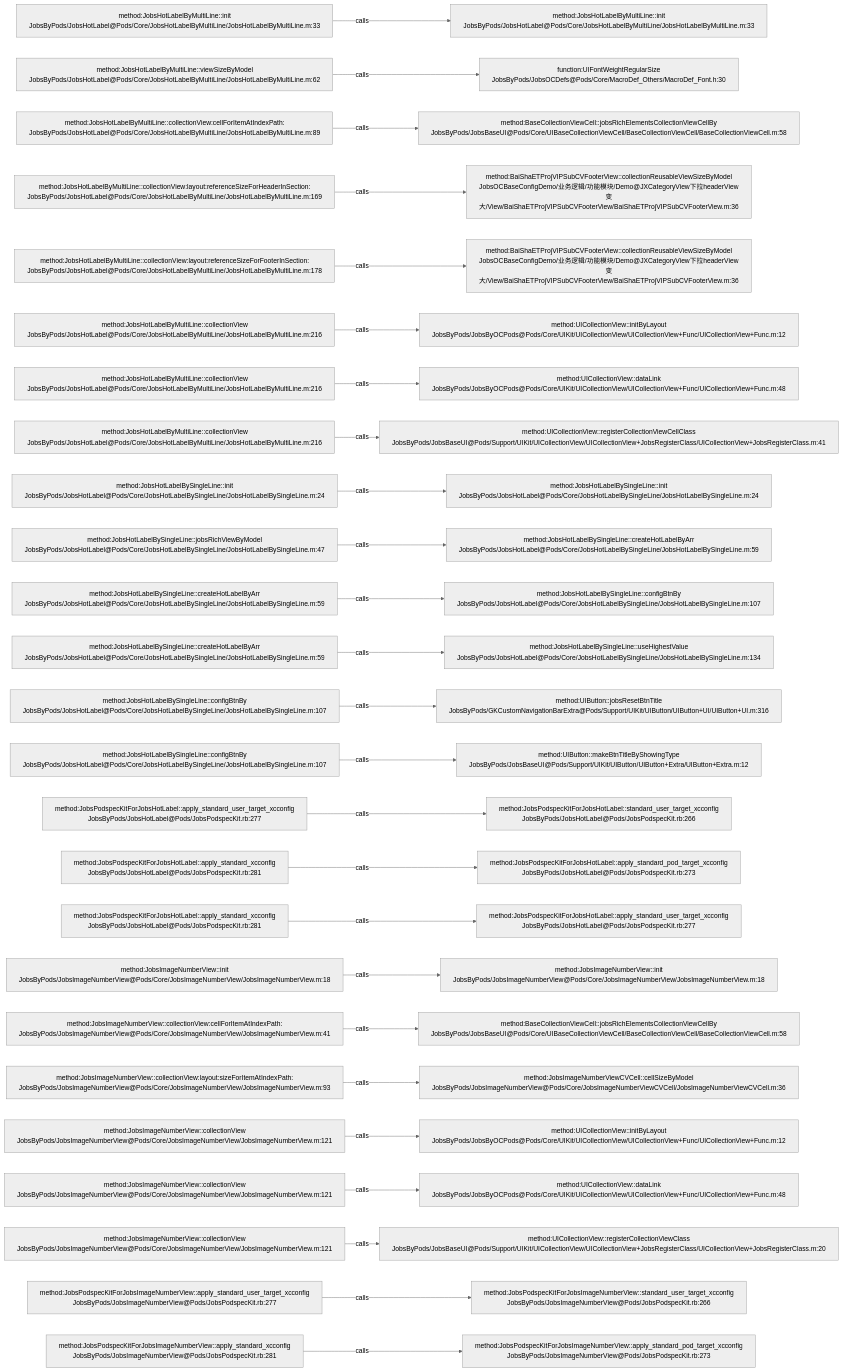
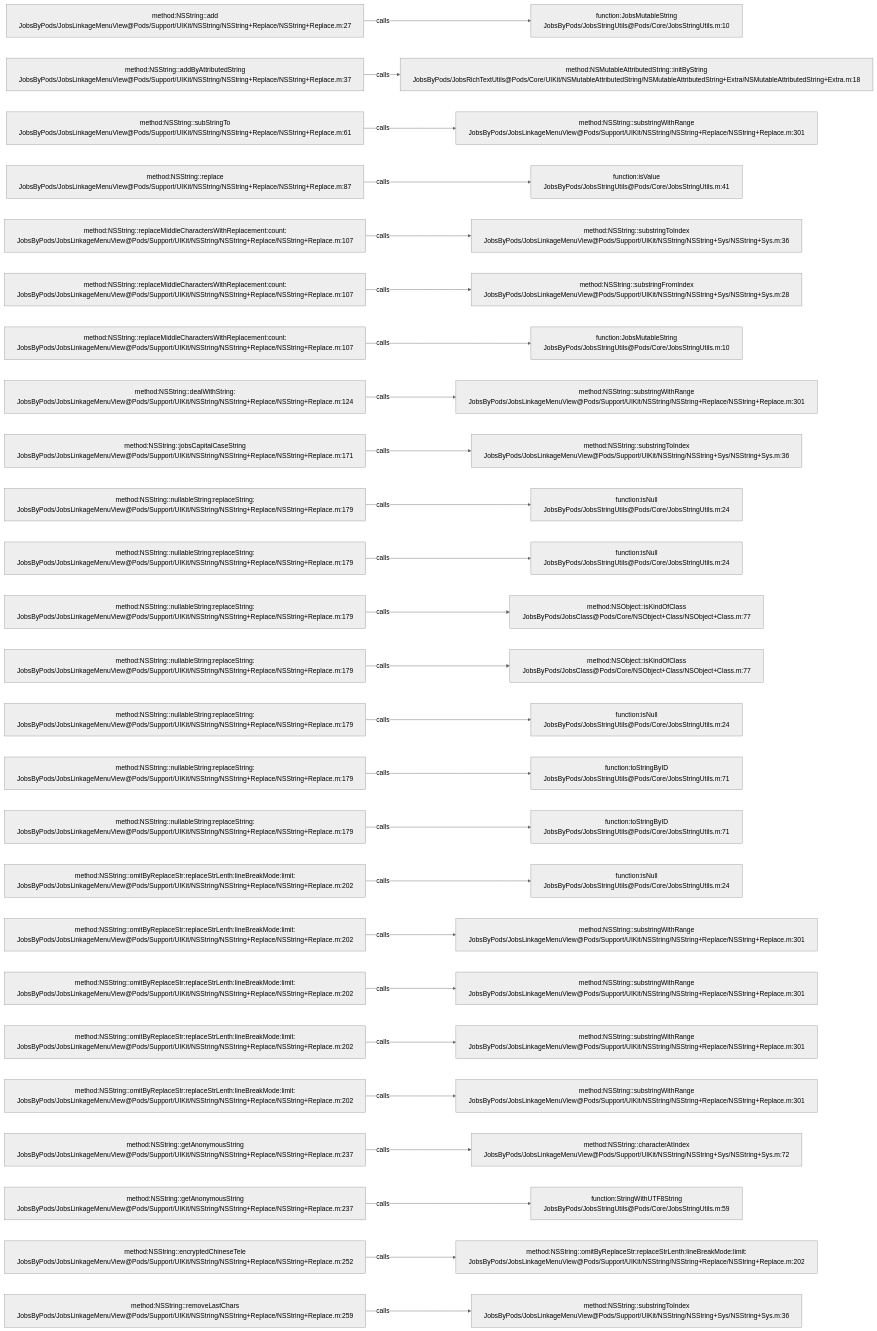
The diagram in .codegraph/codegraph.md/graphs/calls-100.md (JobsKits/JobsOCBaseConfigDemo), drawn with Mermaid (neutral theme) before and after one commit. The commit also changed 639 other files, not shown here.

````diff
--- a/.codegraph/codegraph.md/graphs/calls-100.md
+++ b/.codegraph/codegraph.md/graphs/calls-100.md
@@ -13,78 +13,78 @@
 ```mermaid
 flowchart LR
-  S1["method:JobsHotLabelByMultiLine::init<br/>JobsByPods/JobsHotLabel@Pods/Core/JobsHotLabelByMultiLine/JobsHotLabelByMultiLine.m:33"]
-  T1["method:JobsHotLabelByMultiLine::init<br/>JobsByPods/JobsHotLabel@Pods/Core/JobsHotLabelByMultiLine/JobsHotLabelByMultiLine.m:33"]
+  S1["method:NSString::add<br/>JobsByPods/JobsLinkageMenuView@Pods/Support/UIKit/NSString/NSString+Replace/NSString+Replace.m:27"]
+  T1["function:JobsMutableString<br/>JobsByPods/JobsStringUtils@Pods/Core/JobsStringUtils.m:10"]
   S1 -->|calls| T1
-  S2["method:JobsHotLabelByMultiLine::viewSizeByModel<br/>JobsByPods/JobsHotLabel@Pods/Core/JobsHotLabelByMultiLine/JobsHotLabelByMultiLine.m:62"]
-  T2["function:UIFontWeightRegularSize<br/>JobsByPods/JobsOCDefs@Pods/Core/MacroDef_Others/MacroDef_Font.h:30"]
+  S2["method:NSString::addByAttributedString<br/>JobsByPods/JobsLinkageMenuView@Pods/Support/UIKit/NSString/NSString+Replace/NSString+Replace.m:37"]
+  T2["method:NSMutableAttributedString::initByString<br/>JobsByPods/JobsRichTextUtils@Pods/Core/UIKit/NSMutableAttributedString/NSMutableAttributedString+Extra/NSMutableAttributedString+Extra.m:18"]
   S2 -->|calls| T2
-  S3["method:JobsHotLabelByMultiLine::collectionView:cellForItemAtIndexPath:<br/>JobsByPods/JobsHotLabel@Pods/Core/JobsHotLabelByMultiLine/JobsHotLabelByMultiLine.m:89"]
-  T3["method:BaseCollectionViewCell::jobsRichElementsCollectionViewCellBy<br/>JobsByPods/JobsBaseUI@Pods/Core/UIBaseCollectionViewCell/BaseCollectionViewCell/BaseCollectionViewCell.m:58"]
+  S3["method:NSString::subStringTo<br/>JobsByPods/JobsLinkageMenuView@Pods/Support/UIKit/NSString/NSString+Replace/NSString+Replace.m:61"]
+  T3["method:NSString::substringWithRange<br/>JobsByPods/JobsLinkageMenuView@Pods/Support/UIKit/NSString/NSString+Replace/NSString+Replace.m:301"]
   S3 -->|calls| T3
-  S4["method:JobsHotLabelByMultiLine::collectionView:layout:referenceSizeForHeaderInSection:<br/>JobsByPods/JobsHotLabel@Pods/Core/JobsHotLabelByMultiLine/JobsHotLabelByMultiLine.m:169"]
-  T4["method:BaiShaETProjVIPSubCVFooterView::collectionReusableViewSizeByModel<br/>JobsOCBaseConfigDemo/业务逻辑/功能模块/Demo@JXCategoryView下拉headerView变大/View/BaiShaETProjVIPSubCVFooterView/BaiShaETProjVIPSubCVFooterView.m:36"]
+  S4["method:NSString::replace<br/>JobsByPods/JobsLinkageMenuView@Pods/Support/UIKit/NSString/NSString+Replace/NSString+Replace.m:87"]
+  T4["function:isValue<br/>JobsByPods/JobsStringUtils@Pods/Core/JobsStringUtils.m:41"]
   S4 -->|calls| T4
-  S5["method:JobsHotLabelByMultiLine::collectionView:layout:referenceSizeForFooterInSection:<br/>JobsByPods/JobsHotLabel@Pods/Core/JobsHotLabelByMultiLine/JobsHotLabelByMultiLine.m:178"]
-  T5["method:BaiShaETProjVIPSubCVFooterView::collectionReusableViewSizeByModel<br/>JobsOCBaseConfigDemo/业务逻辑/功能模块/Demo@JXCategoryView下拉headerView变大/View/BaiShaETProjVIPSubCVFooterView/BaiShaETProjVIPSubCVFooterView.m:36"]
+  S5["method:NSString::replaceMiddleCharactersWithReplacement:count:<br/>JobsByPods/JobsLinkageMenuView@Pods/Support/UIKit/NSString/NSString+Replace/NSString+Replace.m:107"]
+  T5["method:NSString::substringToIndex<br/>JobsByPods/JobsLinkageMenuView@Pods/Support/UIKit/NSString/NSString+Sys/NSString+Sys.m:36"]
   S5 -->|calls| T5
-  S6["method:JobsHotLabelByMultiLine::collectionView<br/>JobsByPods/JobsHotLabel@Pods/Core/JobsHotLabelByMultiLine/JobsHotLabelByMultiLine.m:216"]
-  T6["method:UICollectionView::initByLayout<br/>JobsByPods/JobsByOCPods@Pods/Core/UIKit/UICollectionView/UICollectionView+Func/UICollectionView+Func.m:12"]
+  S6["method:NSString::replaceMiddleCharactersWithReplacement:count:<br/>JobsByPods/JobsLinkageMenuView@Pods/Support/UIKit/NSString/NSString+Replace/NSString+Replace.m:107"]
+  T6["method:NSString::substringFromIndex<br/>JobsByPods/JobsLinkageMenuView@Pods/Support/UIKit/NSString/NSString+Sys/NSString+Sys.m:28"]
   S6 -->|calls| T6
-  S7["method:JobsHotLabelByMultiLine::collectionView<br/>JobsByPods/JobsHotLabel@Pods/Core/JobsHotLabelByMultiLine/JobsHotLabelByMultiLine.m:216"]
-  T7["method:UICollectionView::dataLink<br/>JobsByPods/JobsByOCPods@Pods/Core/UIKit/UICollectionView/UICollectionView+Func/UICollectionView+Func.m:48"]
+  S7["method:NSString::replaceMiddleCharactersWithReplacement:count:<br/>JobsByPods/JobsLinkageMenuView@Pods/Support/UIKit/NSString/NSString+Replace/NSString+Replace.m:107"]
+  T7["function:JobsMutableString<br/>JobsByPods/JobsStringUtils@Pods/Core/JobsStringUtils.m:10"]
   S7 -->|calls| T7
-  S8["method:JobsHotLabelByMultiLine::collectionView<br/>JobsByPods/JobsHotLabel@Pods/Core/JobsHotLabelByMultiLine/JobsHotLabelByMultiLine.m:216"]
-  T8["method:UICollectionView::registerCollectionViewCellClass<br/>JobsByPods/JobsBaseUI@Pods/Support/UIKit/UICollectionView/UICollectionView+JobsRegisterClass/UICollectionView+JobsRegisterClass.m:41"]
+  S8["method:NSString::dealWithString:<br/>JobsByPods/JobsLinkageMenuView@Pods/Support/UIKit/NSString/NSString+Replace/NSString+Replace.m:124"]
+  T8["method:NSString::substringWithRange<br/>JobsByPods/JobsLinkageMenuView@Pods/Support/UIKit/NSString/NSString+Replace/NSString+Replace.m:301"]
   S8 -->|calls| T8
-  S9["method:JobsHotLabelBySingleLine::init<br/>JobsByPods/JobsHotLabel@Pods/Core/JobsHotLabelBySingleLine/JobsHotLabelBySingleLine.m:24"]
-  T9["method:JobsHotLabelBySingleLine::init<br/>JobsByPods/JobsHotLabel@Pods/Core/JobsHotLabelBySingleLine/JobsHotLabelBySingleLine.m:24"]
+  S9["method:NSString::jobsCapitalCaseString<br/>JobsByPods/JobsLinkageMenuView@Pods/Support/UIKit/NSString/NSString+Replace/NSString+Replace.m:171"]
+  T9["method:NSString::substringToIndex<br/>JobsByPods/JobsLinkageMenuView@Pods/Support/UIKit/NSString/NSString+Sys/NSString+Sys.m:36"]
   S9 -->|calls| T9
-  S10["method:JobsHotLabelBySingleLine::jobsRichViewByModel<br/>JobsByPods/JobsHotLabel@Pods/Core/JobsHotLabelBySingleLine/JobsHotLabelBySingleLine.m:47"]
-  T10["method:JobsHotLabelBySingleLine::createHotLabelByArr<br/>JobsByPods/JobsHotLabel@Pods/Core/JobsHotLabelBySingleLine/JobsHotLabelBySingleLine.m:59"]
+  S10["method:NSString::nullableString:replaceString:<br/>JobsByPods/JobsLinkageMenuView@Pods/Support/UIKit/NSString/NSString+Replace/NSString+Replace.m:179"]
+  T10["function:isNull<br/>JobsByPods/JobsStringUtils@Pods/Core/JobsStringUtils.m:24"]
   S10 -->|calls| T10
-  S11["method:JobsHotLabelBySingleLine::createHotLabelByArr<br/>JobsByPods/JobsHotLabel@Pods/Core/JobsHotLabelBySingleLine/JobsHotLabelBySingleLine.m:59"]
-  T11["method:JobsHotLabelBySingleLine::configBtnBy<br/>JobsByPods/JobsHotLabel@Pods/Core/JobsHotLabelBySingleLine/JobsHotLabelBySingleLine.m:107"]
+  S11["method:NSString::nullableString:replaceString:<br/>JobsByPods/JobsLinkageMenuView@Pods/Support/UIKit/NSString/NSString+Replace/NSString+Replace.m:179"]
+  T11["function:isNull<br/>JobsByPods/JobsStringUtils@Pods/Core/JobsStringUtils.m:24"]
   S11 -->|calls| T11
-  S12["method:JobsHotLabelBySingleLine::createHotLabelByArr<br/>JobsByPods/JobsHotLabel@Pods/Core/JobsHotLabelBySingleLine/JobsHotLabelBySingleLine.m:59"]
-  T12["method:JobsHotLabelBySingleLine::useHighestValue<br/>JobsByPods/JobsHotLabel@Pods/Core/JobsHotLabelBySingleLine/JobsHotLabelBySingleLine.m:134"]
+  S12["method:NSString::nullableString:replaceString:<br/>JobsByPods/JobsLinkageMenuView@Pods/Support/UIKit/NSString/NSString+Replace/NSString+Replace.m:179"]
+  T12["method:NSObject::isKindOfClass<br/>JobsByPods/JobsClass@Pods/Core/NSObject+Class/NSObject+Class.m:77"]
   S12 -->|calls| T12
-  S13["method:JobsHotLabelBySingleLine::configBtnBy<br/>JobsByPods/JobsHotLabel@Pods/Core/JobsHotLabelBySingleLine/JobsHotLabelBySingleLine.m:107"]
-  T13["method:UIButton::jobsResetBtnTitle<br/>JobsByPods/GKCustomNavigationBarExtra@Pods/Support/UIKit/UIButton/UIButton+UI/UIButton+UI.m:316"]
+  S13["method:NSString::nullableString:replaceString:<br/>JobsByPods/JobsLinkageMenuView@Pods/Support/UIKit/NSString/NSString+Replace/NSString+Replace.m:179"]
+  T13["method:NSObject::isKindOfClass<br/>JobsByPods/JobsClass@Pods/Core/NSObject+Class/NSObject+Class.m:77"]
   S13 -->|calls| T13
-  S14["method:JobsHotLabelBySingleLine::configBtnBy<br/>JobsByPods/JobsHotLabel@Pods/Core/JobsHotLabelBySingleLine/JobsHotLabelBySingleLine.m:107"]
-  T14["method:UIButton::makeBtnTitleByShowingType<br/>JobsByPods/JobsBaseUI@Pods/Support/UIKit/UIButton/UIButton+Extra/UIButton+Extra.m:12"]
+  S14["method:NSString::nullableString:replaceString:<br/>JobsByPods/JobsLinkageMenuView@Pods/Support/UIKit/NSString/NSString+Replace/NSString+Replace.m:179"]
+  T14["function:isNull<br/>JobsByPods/JobsStringUtils@Pods/Core/JobsStringUtils.m:24"]
   S14 -->|calls| T14
-  S15["method:JobsPodspecKitForJobsHotLabel::apply_standard_user_target_xcconfig<br/>JobsByPods/JobsHotLabel@Pods/JobsPodspecKit.rb:277"]
-  T15["method:JobsPodspecKitForJobsHotLabel::standard_user_target_xcconfig<br/>JobsByPods/JobsHotLabel@Pods/JobsPodspecKit.rb:266"]
+  S15["method:NSString::nullableString:replaceString:<br/>JobsByPods/JobsLinkageMenuView@Pods/Support/UIKit/NSString/NSString+Replace/NSString+Replace.m:179"]
+  T15["function:toStringByID<br/>JobsByPods/JobsStringUtils@Pods/Core/JobsStringUtils.m:71"]
   S15 -->|calls| T15
-  S16["method:JobsPodspecKitForJobsHotLabel::apply_standard_xcconfig<br/>JobsByPods/JobsHotLabel@Pods/JobsPodspecKit.rb:281"]
-  T16["method:JobsPodspecKitForJobsHotLabel::apply_standard_pod_target_xcconfig<br/>JobsByPods/JobsHotLabel@Pods/JobsPodspecKit.rb:273"]
+  S16["method:NSString::nullableString:replaceString:<br/>JobsByPods/JobsLinkageMenuView@Pods/Support/UIKit/NSString/NSString+Replace/NSString+Replace.m:179"]
+  T16["function:toStringByID<br/>JobsByPods/JobsStringUtils@Pods/Core/JobsStringUtils.m:71"]
   S16 -->|calls| T16
-  S17["method:JobsPodspecKitForJobsHotLabel::apply_standard_xcconfig<br/>JobsByPods/JobsHotLabel@Pods/JobsPodspecKit.rb:281"]
-  T17["method:JobsPodspecKitForJobsHotLabel::apply_standard_user_target_xcconfig<br/>JobsByPods/JobsHotLabel@Pods/JobsPodspecKit.rb:277"]
+  S17["method:NSString::omitByReplaceStr:replaceStrLenth:lineBreakMode:limit:<br/>JobsByPods/JobsLinkageMenuView@Pods/Support/UIKit/NSString/NSString+Replace/NSString+Replace.m:202"]
+  T17["function:isNull<br/>JobsByPods/JobsStringUtils@Pods/Core/JobsStringUtils.m:24"]
   S17 -->|calls| T17
-  S18["method:JobsImageNumberView::init<br/>JobsByPods/JobsImageNumberView@Pods/Core/JobsImageNumberView/JobsImageNumberView.m:18"]
-  T18["method:JobsImageNumberView::init<br/>JobsByPods/JobsImageNumberView@Pods/Core/JobsImageNumberView/JobsImageNumberView.m:18"]
+  S18["method:NSString::omitByReplaceStr:replaceStrLenth:lineBreakMode:limit:<br/>JobsByPods/JobsLinkageMenuView@Pods/Support/UIKit/NSString/NSString+Replace/NSString+Replace.m:202"]
+  T18["method:NSString::substringWithRange<br/>JobsByPods/JobsLinkageMenuView@Pods/Support/UIKit/NSString/NSString+Replace/NSString+Replace.m:301"]
   S18 -->|calls| T18
-  S19["method:JobsImageNumberView::collectionView:cellForItemAtIndexPath:<br/>JobsByPods/JobsImageNumberView@Pods/Core/JobsImageNumberView/JobsImageNumberView.m:41"]
-  T19["method:BaseCollectionViewCell::jobsRichElementsCollectionViewCellBy<br/>JobsByPods/JobsBaseUI@Pods/Core/UIBaseCollectionViewCell/BaseCollectionViewCell/BaseCollectionViewCell.m:58"]
+  S19["method:NSString::omitByReplaceStr:replaceStrLenth:lineBreakMode:limit:<br/>JobsByPods/JobsLinkageMenuView@Pods/Support/UIKit/NSString/NSString+Replace/NSString+Replace.m:202"]
+  T19["method:NSString::substringWithRange<br/>JobsByPods/JobsLinkageMenuView@Pods/Support/UIKit/NSString/NSString+Replace/NSString+Replace.m:301"]
   S19 -->|calls| T19
-  S20["method:JobsImageNumberView::collectionView:layout:sizeForItemAtIndexPath:<br/>JobsByPods/JobsImageNumberView@Pods/Core/JobsImageNumberView/JobsImageNumberView.m:93"]
-  T20["method:JobsImageNumberViewCVCell::cellSizeByModel<br/>JobsByPods/JobsImageNumberView@Pods/Core/JobsImageNumberViewCVCell/JobsImageNumberViewCVCell.m:36"]
+  S20["method:NSString::omitByReplaceStr:replaceStrLenth:lineBreakMode:limit:<br/>JobsByPods/JobsLinkageMenuView@Pods/Support/UIKit/NSString/NSString+Replace/NSString+Replace.m:202"]
+  T20["method:NSString::substringWithRange<br/>JobsByPods/JobsLinkageMenuView@Pods/Support/UIKit/NSString/NSString+Replace/NSString+Replace.m:301"]
   S20 -->|calls| T20
-  S21["method:JobsImageNumberView::collectionView<br/>JobsByPods/JobsImageNumberView@Pods/Core/JobsImageNumberView/JobsImageNumberView.m:121"]
-  T21["method:UICollectionView::initByLayout<br/>JobsByPods/JobsByOCPods@Pods/Core/UIKit/UICollectionView/UICollectionView+Func/UICollectionView+Func.m:12"]
+  S21["method:NSString::omitByReplaceStr:replaceStrLenth:lineBreakMode:limit:<br/>JobsByPods/JobsLinkageMenuView@Pods/Support/UIKit/NSString/NSString+Replace/NSString+Replace.m:202"]
+  T21["method:NSString::substringWithRange<br/>JobsByPods/JobsLinkageMenuView@Pods/Support/UIKit/NSString/NSString+Replace/NSString+Replace.m:301"]
   S21 -->|calls| T21
-  S22["method:JobsImageNumberView::collectionView<br/>JobsByPods/JobsImageNumberView@Pods/Core/JobsImageNumberView/JobsImageNumberView.m:121"]
-  T22["method:UICollectionView::dataLink<br/>JobsByPods/JobsByOCPods@Pods/Core/UIKit/UICollectionView/UICollectionView+Func/UICollectionView+Func.m:48"]
+  S22["method:NSString::getAnonymousString<br/>JobsByPods/JobsLinkageMenuView@Pods/Support/UIKit/NSString/NSString+Replace/NSString+Replace.m:237"]
+  T22["method:NSString::characterAtIndex<br/>JobsByPods/JobsLinkageMenuView@Pods/Support/UIKit/NSString/NSString+Sys/NSString+Sys.m:72"]
   S22 -->|calls| T22
-  S23["method:JobsImageNumberView::collectionView<br/>JobsByPods/JobsImageNumberView@Pods/Core/JobsImageNumberView/JobsImageNumberView.m:121"]
-  T23["method:UICollectionView::registerCollectionViewClass<br/>JobsByPods/JobsBaseUI@Pods/Support/UIKit/UICollectionView/UICollectionView+JobsRegisterClass/UICollectionView+JobsRegisterClass.m:20"]
+  S23["method:NSString::getAnonymousString<br/>JobsByPods/JobsLinkageMenuView@Pods/Support/UIKit/NSString/NSString+Replace/NSString+Replace.m:237"]
+  T23["function:StringWithUTF8String<br/>JobsByPods/JobsStringUtils@Pods/Core/JobsStringUtils.m:59"]
   S23 -->|calls| T23
-  S24["method:JobsPodspecKitForJobsImageNumberView::apply_standard_user_target_xcconfig<br/>JobsByPods/JobsImageNumberView@Pods/JobsPodspecKit.rb:277"]
-  T24["method:JobsPodspecKitForJobsImageNumberView::standard_user_target_xcconfig<br/>JobsByPods/JobsImageNumberView@Pods/JobsPodspecKit.rb:266"]
+  S24["method:NSString::encryptedChineseTele<br/>JobsByPods/JobsLinkageMenuView@Pods/Support/UIKit/NSString/NSString+Replace/NSString+Replace.m:252"]
+  T24["method:NSString::omitByReplaceStr:replaceStrLenth:lineBreakMode:limit:<br/>JobsByPods/JobsLinkageMenuView@Pods/Support/UIKit/NSString/NSString+Replace/NSString+Replace.m:202"]
   S24 -->|calls| T24
-  S25["method:JobsPodspecKitForJobsImageNumberView::apply_standard_xcconfig<br/>JobsByPods/JobsImageNumberView@Pods/JobsPodspecKit.rb:281"]
-  T25["method:JobsPodspecKitForJobsImageNumberView::apply_standard_pod_target_xcconfig<br/>JobsByPods/JobsImageNumberView@Pods/JobsPodspecKit.rb:273"]
+  S25["method:NSString::removeLastChars<br/>JobsByPods/JobsLinkageMenuView@Pods/Support/UIKit/NSString/NSString+Replace/NSString+Replace.m:259"]
+  T25["method:NSString::substringToIndex<br/>JobsByPods/JobsLinkageMenuView@Pods/Support/UIKit/NSString/NSString+Sys/NSString+Sys.m:36"]
   S25 -->|calls| T25
 ```
````
